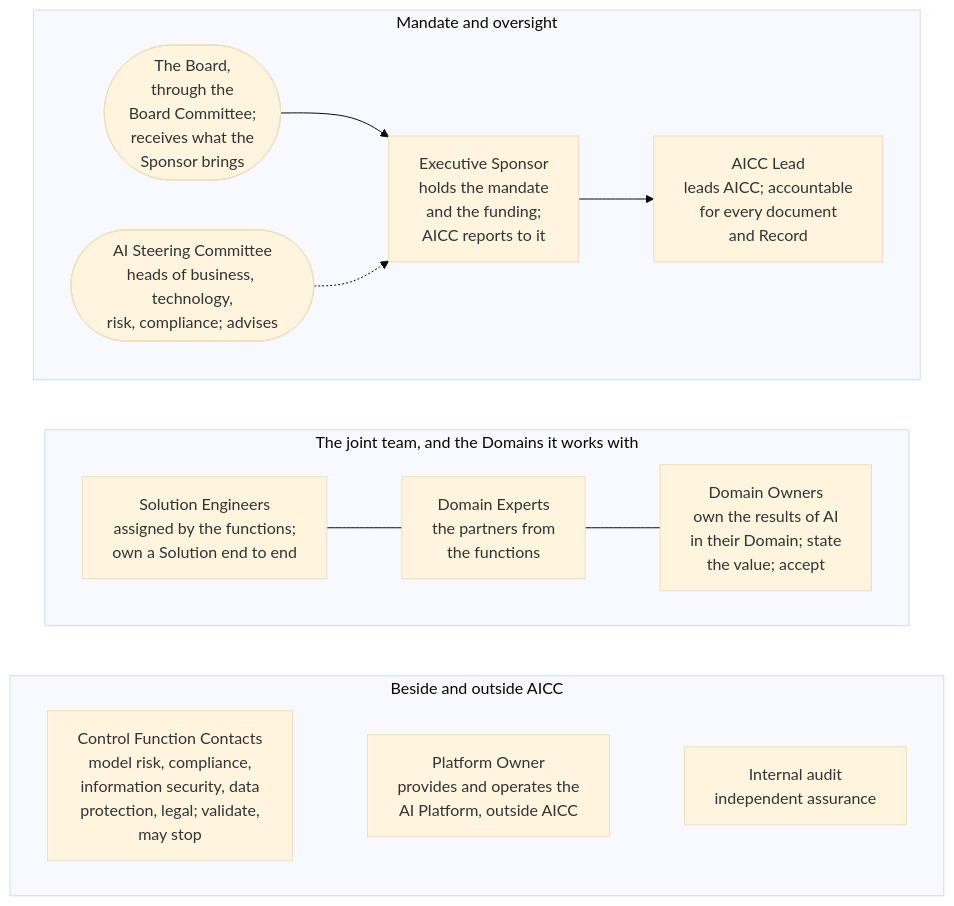
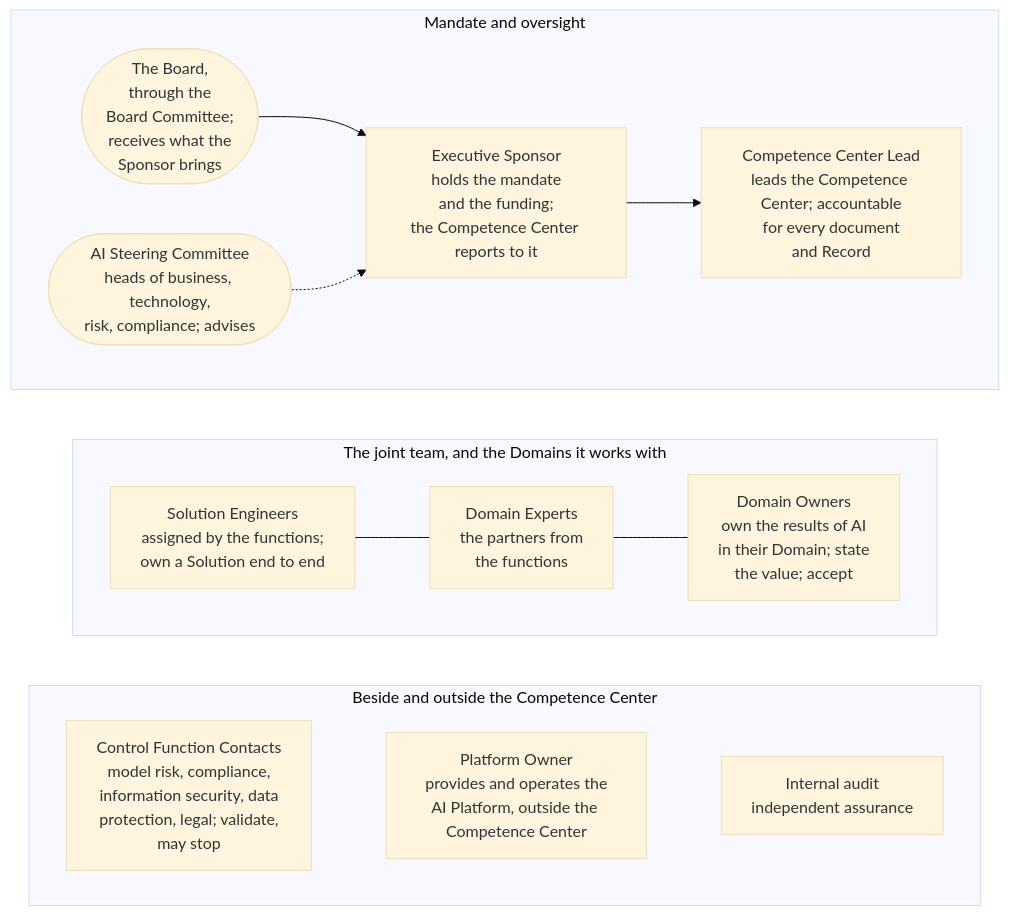
Before and after one commit to devhogu/ob-aicc: the diagram in portal/content/en/organization/overview.md, drawn with Mermaid (base theme). The commit also changed other lines of this file and 1149 other files, not shown here.

First line of the commit message:
The name Competence Center: AICC stays only as a code (DR-2026-066)

````diff
--- a/portal/content/en/organization/overview.md
+++ b/portal/content/en/organization/overview.md
@@ -7,20 +7,20 @@
 ```mermaid
 flowchart TB
   subgraph TOP["Mandate and oversight"]
     direction LR
-    B(["The Board,<br/>through the<br/>Board Committee;<br/>receives what the<br/>Sponsor brings"]) --> ES["Executive Sponsor<br/>holds the mandate<br/>and the funding;<br/>AICC reports to it"]
-    ES --> AL["AICC Lead<br/>leads AICC; accountable<br/>for every document<br/>and Record"]
+    B(["The Board,<br/>through the<br/>Board Committee;<br/>receives what the<br/>Sponsor brings"]) --> ES["Executive Sponsor<br/>holds the mandate<br/>and the funding;<br/>the Competence Center reports to it"]
+    ES --> AL["Competence Center Lead<br/>leads the Competence Center; accountable<br/>for every document<br/>and Record"]
     SC(["AI Steering Committee<br/>heads of business, technology,<br/>risk, compliance; advises"]) -.-> ES
   end
   subgraph MID["The joint team, and the Domains it works with"]
     direction LR
     SE["Solution Engineers<br/>assigned by the functions;<br/>own a Solution end to end"] --- DE["Domain Experts<br/>the partners from<br/>the functions"]
     DE --- DO["Domain Owners<br/>own the results of AI<br/>in their Domain; state<br/>the value; accept"]
   end
-  subgraph SIDE["Beside and outside AICC"]
+  subgraph SIDE["Beside and outside the Competence Center"]
     direction LR
-    CF["Control Function Contacts<br/>model risk, compliance,<br/>information security, data<br/>protection, legal; validate,<br/>may stop"] ~~~ PO["Platform Owner<br/>provides and operates the<br/>AI Platform, outside AICC"] ~~~ IA["Internal audit<br/>independent assurance"]
+    CF["Control Function Contacts<br/>model risk, compliance,<br/>information security, data<br/>protection, legal; validate,<br/>may stop"] ~~~ PO["Platform Owner<br/>provides and operates the<br/>AI Platform, outside the Competence Center"] ~~~ IA["Internal audit<br/>independent assurance"]
   end
   TOP ~~~ MID
   MID ~~~ SIDE
 ```
````
